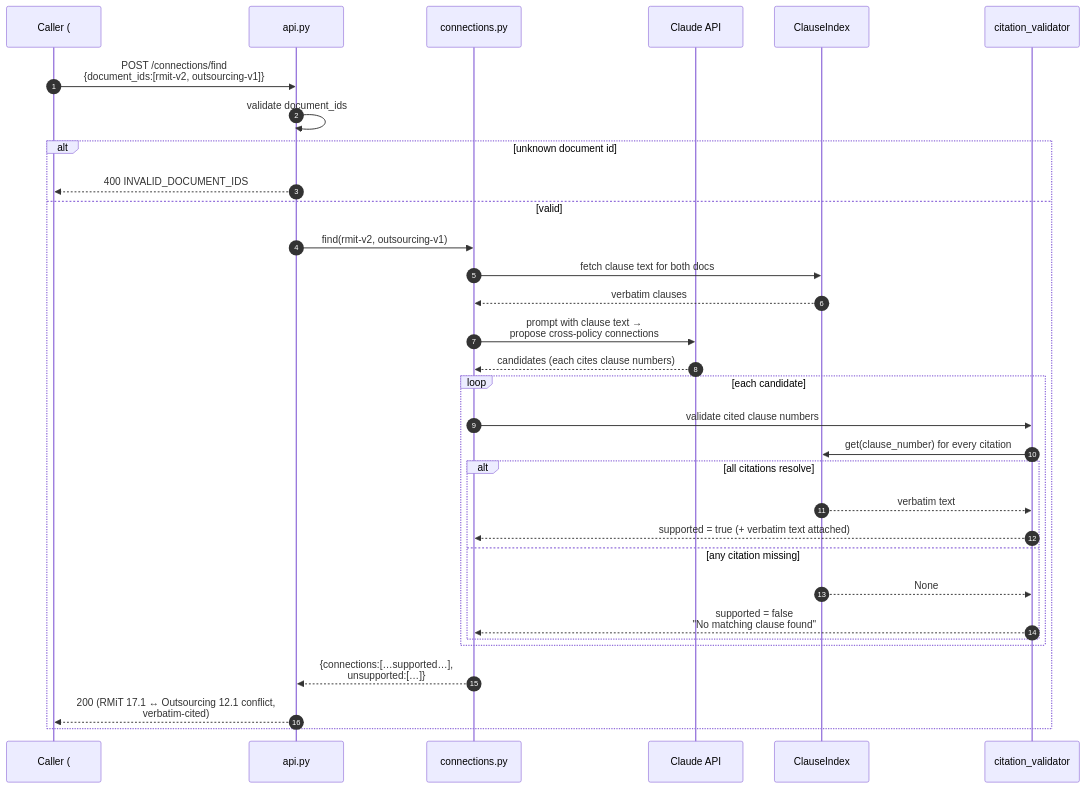
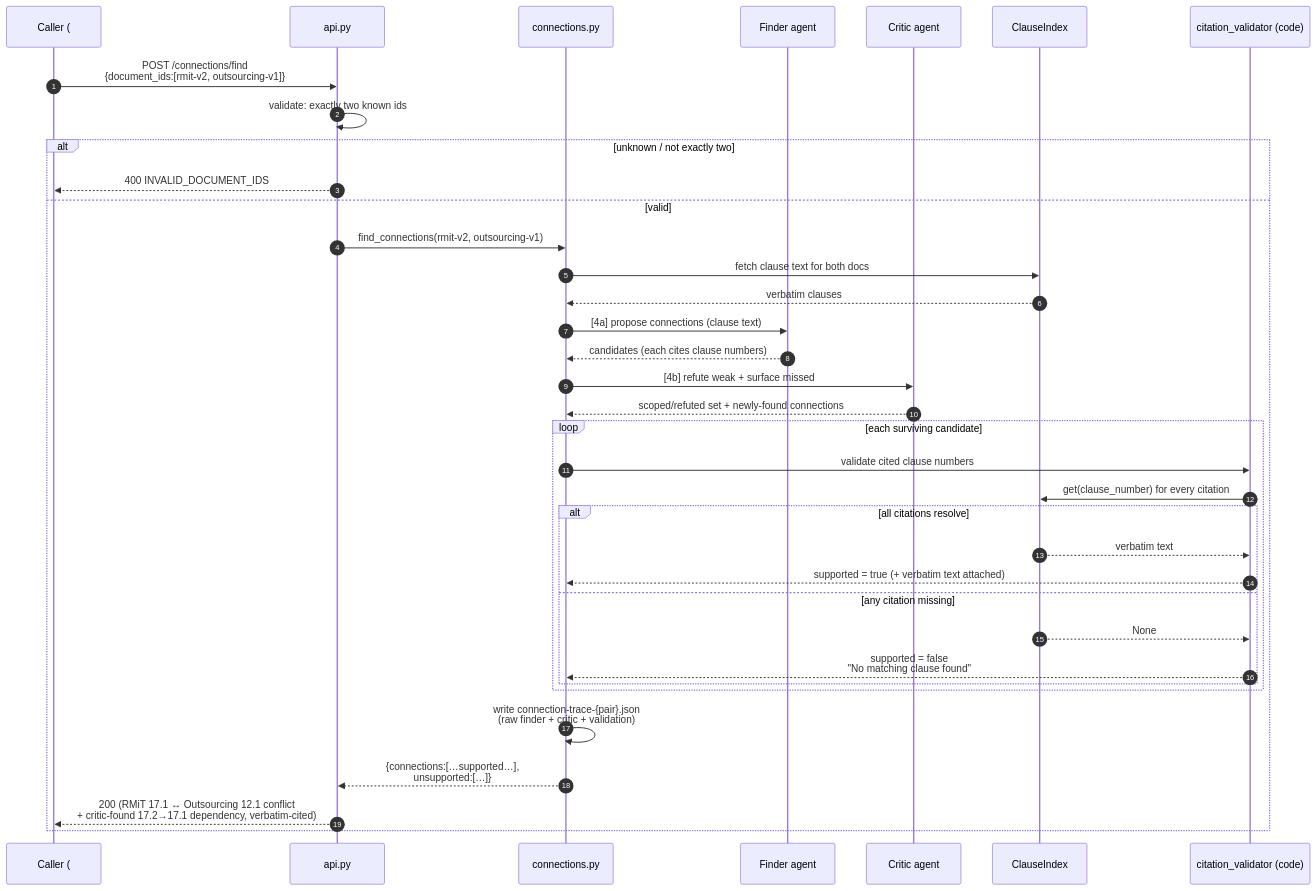
Before and after one commit to dzaffren/copa-hackathon: the second of 3 diagrams in docs/specs/rulebook-radar/spec-knowledge-graph-engine.md, drawn with Mermaid. The commit also changed other lines of this file and 1 other file, not shown here.

````diff
--- a/docs/specs/rulebook-radar/spec-knowledge-graph-engine.md
+++ b/docs/specs/rulebook-radar/spec-knowledge-graph-engine.md
@@ -755,35 +989,39 @@
 ```mermaid
 sequenceDiagram
     autonumber
-    participant Caller as Caller (#8 ripple check)
+    participant Caller as Caller (#8 ripple check, live)
     participant API as api.py
     participant CF as connections.py
-    participant LLM as Claude API
+    participant FIND as Finder agent
+    participant CRIT as Critic agent
     participant CI as ClauseIndex
-    participant VAL as citation_validator
+    participant VAL as citation_validator (code)
 
     Caller->>API: POST /connections/find<br/>{document_ids:[rmit-v2, outsourcing-v1]}
-    API->>API: validate document_ids
-    alt unknown document id
+    API->>API: validate: exactly two known ids
+    alt unknown / not exactly two
         API-->>Caller: 400 INVALID_DOCUMENT_IDS
     else valid
-        API->>CF: find(rmit-v2, outsourcing-v1)
+        API->>CF: find_connections(rmit-v2, outsourcing-v1)
         CF->>CI: fetch clause text for both docs
         CI-->>CF: verbatim clauses
-        CF->>LLM: prompt with clause text →<br/>propose cross-policy connections
-        LLM-->>CF: candidates (each cites clause numbers)
-        loop each candidate
+        CF->>FIND: [4a] propose connections (clause text)
+        FIND-->>CF: candidates (each cites clause numbers)
+        CF->>CRIT: [4b] refute weak + surface missed
+        CRIT-->>CF: scoped/refuted set + newly-found connections
+        loop each surviving candidate
             CF->>VAL: validate cited clause numbers
             VAL->>CI: get(clause_number) for every citation
             alt all citations resolve
                 CI-->>VAL: verbatim text
                 VAL-->>CF: supported = true (+ verbatim text attached)
             else any citation missing
                 CI-->>VAL: None
                 VAL-->>CF: supported = false<br/>"No matching clause found"
             end
         end
+        CF->>CF: write connection-trace-{pair}.json<br/>(raw finder + critic + validation)
         CF-->>API: {connections:[…supported…],<br/>unsupported:[…]}
-        API-->>Caller: 200 (RMiT 17.1 ↔ Outsourcing 12.1 conflict,<br/>verbatim-cited)
+        API-->>Caller: 200 (RMiT 17.1 ↔ Outsourcing 12.1 conflict<br/>+ critic-found 17.2→17.1 dependency, verbatim-cited)
     end
 ```
````
